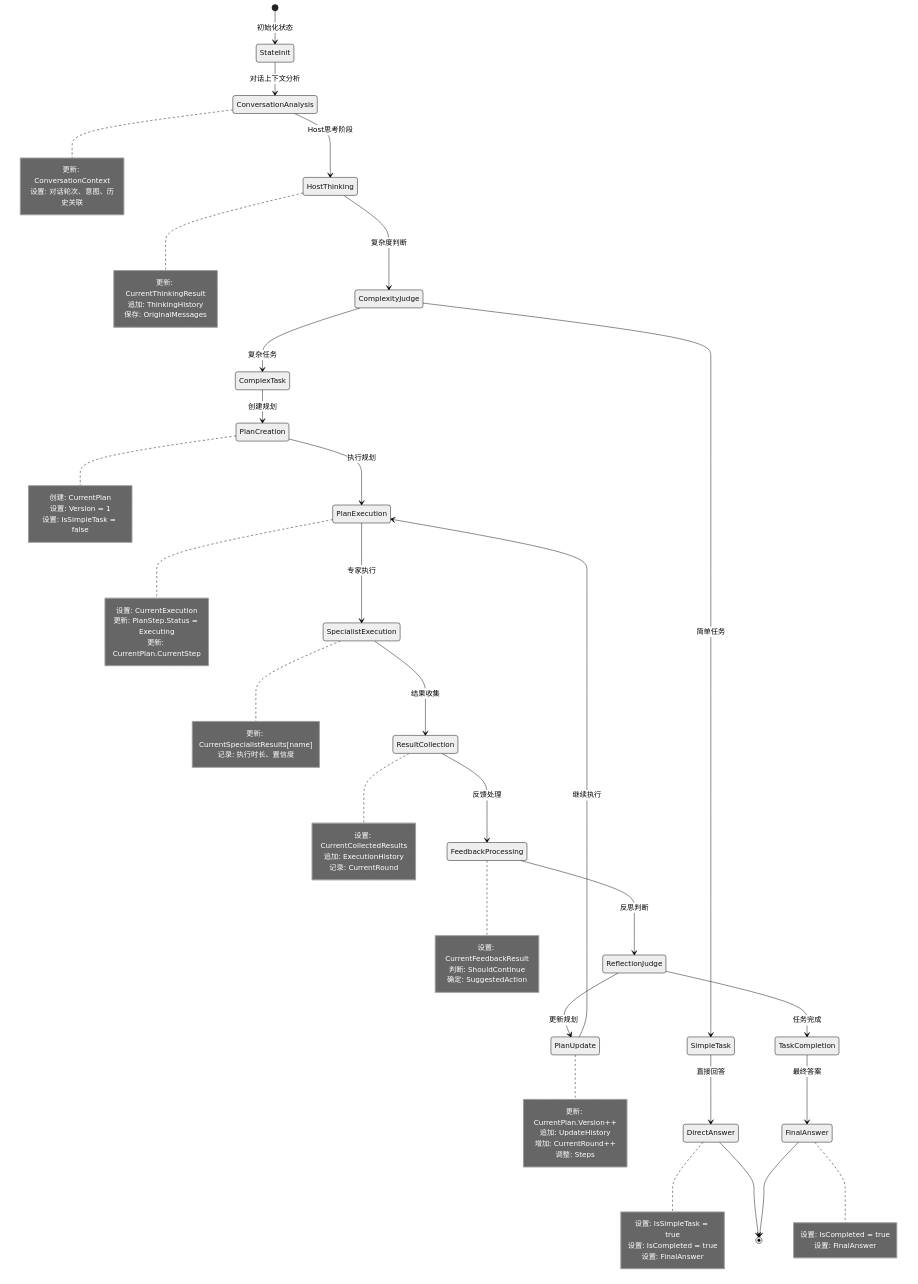
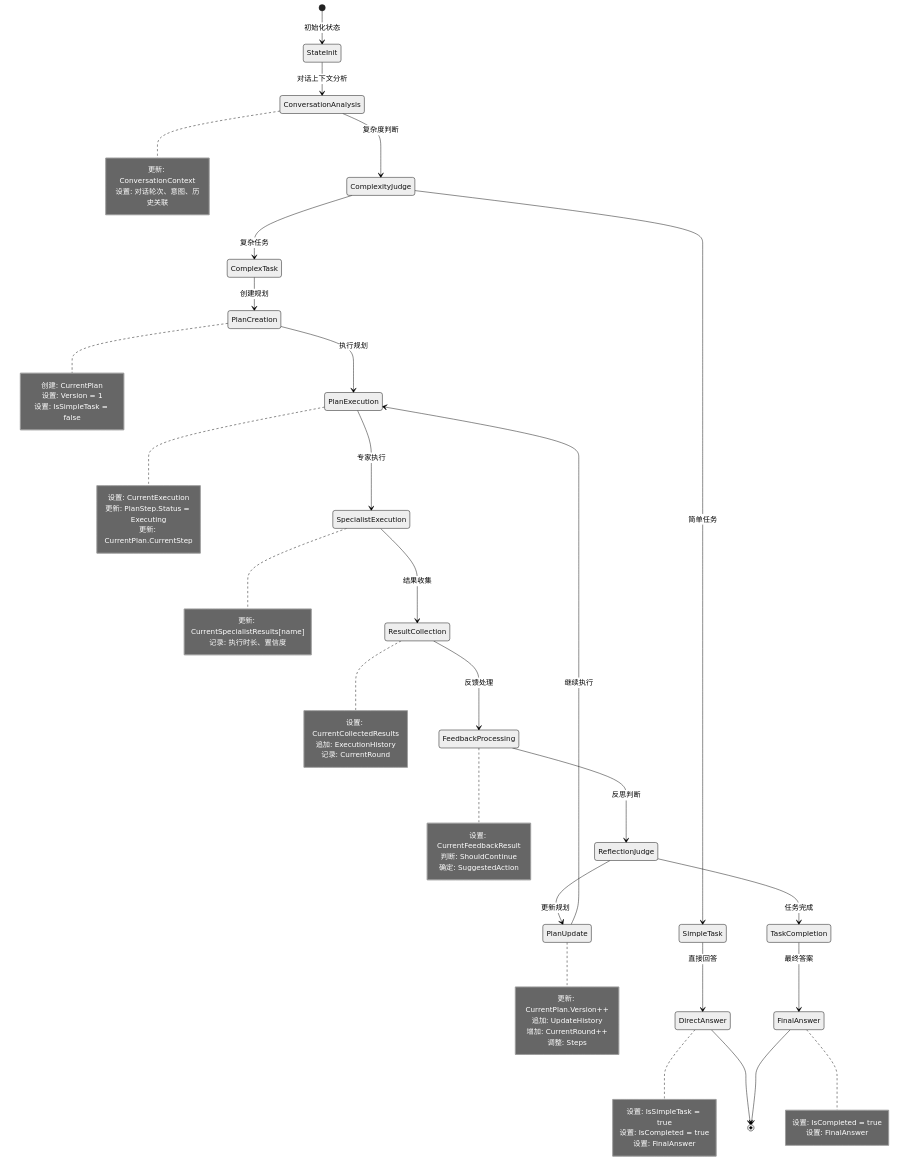
One commit to PGshen/thinking-map changed the diagram in server/internal/agent/enhanced_multiagent/03_state_management.md. Above: the diagram before and after it, drawn with Mermaid (neutral theme). The commit also changed other lines of this file and 5 other files, not shown here.

First line of the commit message:
refactor(enhanced_multiagent): simplify state management and streamline execution flow

```diff
--- a/server/internal/agent/enhanced_multiagent/03_state_management.md
+++ b/server/internal/agent/enhanced_multiagent/03_state_management.md
@@ -64,14 +59,7 @@
         设置: 对话轮次、意图、历史关联
     end note
     
-    ConversationAnalysis --> HostThinking: Host思考阶段
-    note right of HostThinking
-        更新: CurrentThinkingResult
-        追加: ThinkingHistory
-        保存: OriginalMessages
-    end note
-    
-    HostThinking --> ComplexityJudge: 复杂度判断
+    ConversationAnalysis --> ComplexityJudge: 复杂度判断
     
     ComplexityJudge --> SimpleTask: 简单任务
     ComplexityJudge --> ComplexTask: 复杂任务
```
